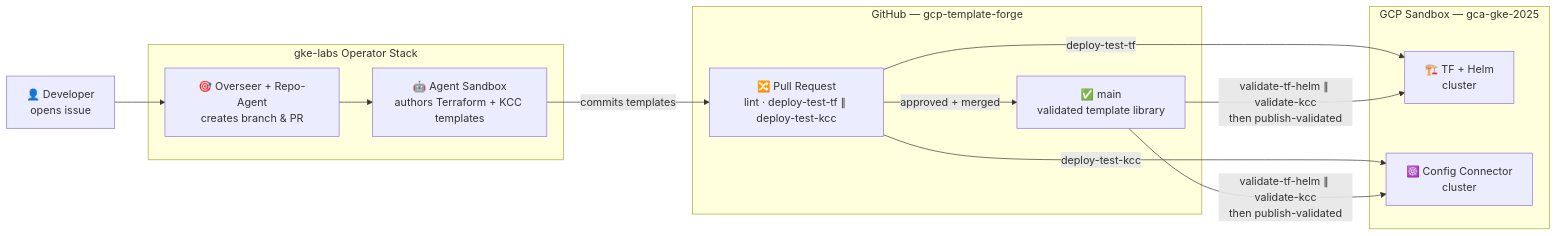
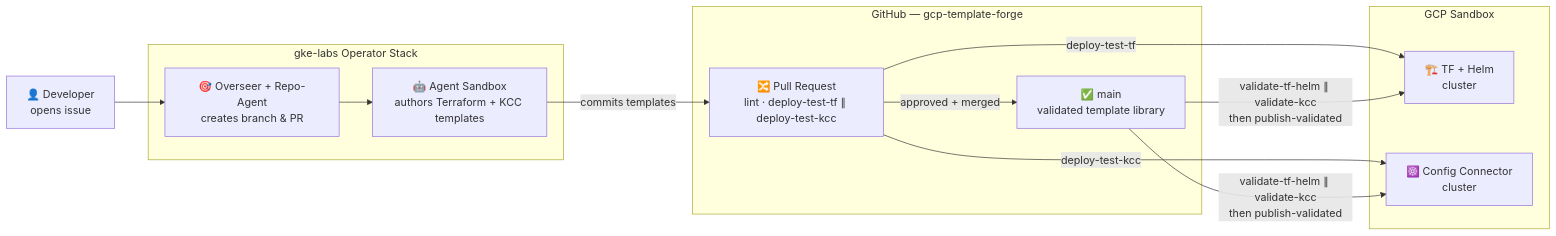
One commit to fkc1e100/gcp-template-forge changed the first of 3 diagrams in README.md. Above: the diagram before and after it, drawn with Mermaid. The commit also changed other lines of this file, not shown here.

````diff
--- a/README.md
+++ b/README.md
@@ -17,28 +17,28 @@
 ```mermaid
 flowchart LR
     DEV["👤 Developer\nopens issue"]
 
     subgraph OPS ["gke-labs Operator Stack"]
         OV["🎯 Overseer + Repo-Agent\ncreates branch & PR"]
         AG["🤖 Agent Sandbox\nauthors Terraform + KCC templates"]
         OV --> AG
     end
 
     subgraph GH ["GitHub — gcp-template-forge"]
         PR["🔀 Pull Request\nlint · deploy-test-tf ∥ deploy-test-kcc"]
         MAIN["✅ main\nvalidated template library"]
         PR -->|approved + merged| MAIN
     end
 
-    subgraph GCP ["GCP Sandbox — gca-gke-2025"]
+    subgraph GCP ["GCP Sandbox"]
         TF["🏗️ TF + Helm\ncluster"]
         KCC["☸️ Config Connector\ncluster"]
     end
 
     DEV --> OV
     AG -->|commits templates| PR
     PR -->|deploy-test-tf| TF
     PR -->|deploy-test-kcc| KCC
     MAIN -->|validate-tf-helm ∥ validate-kcc\nthen publish-validated| TF
     MAIN -->|validate-tf-helm ∥ validate-kcc\nthen publish-validated| KCC
 ```
````
